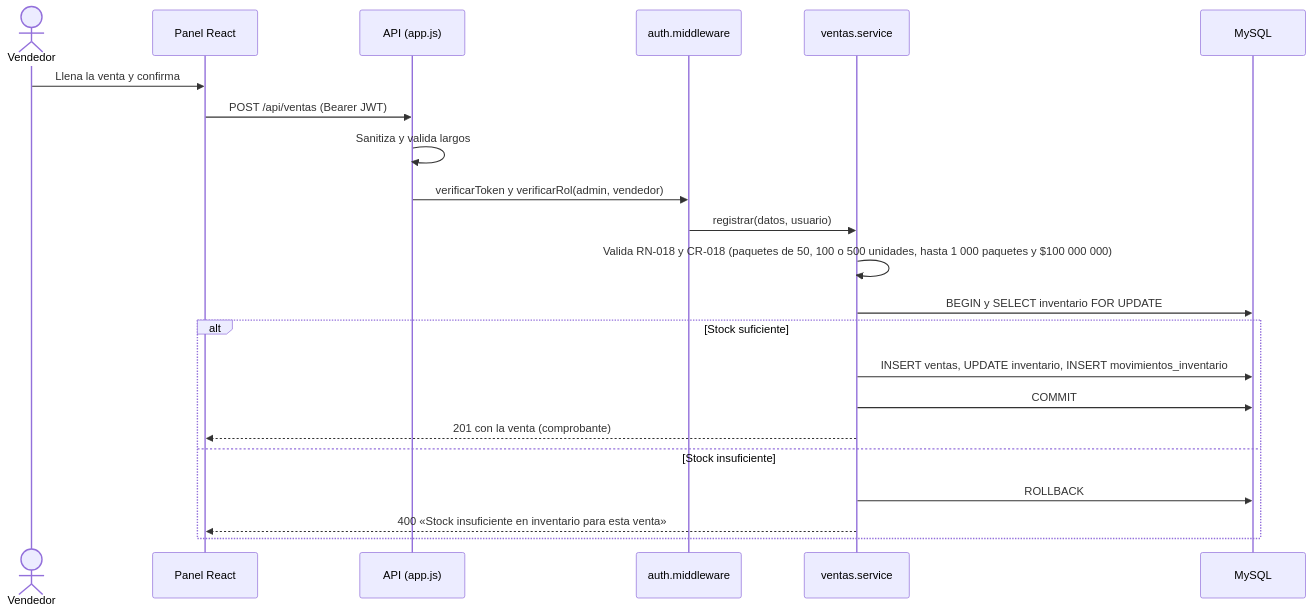
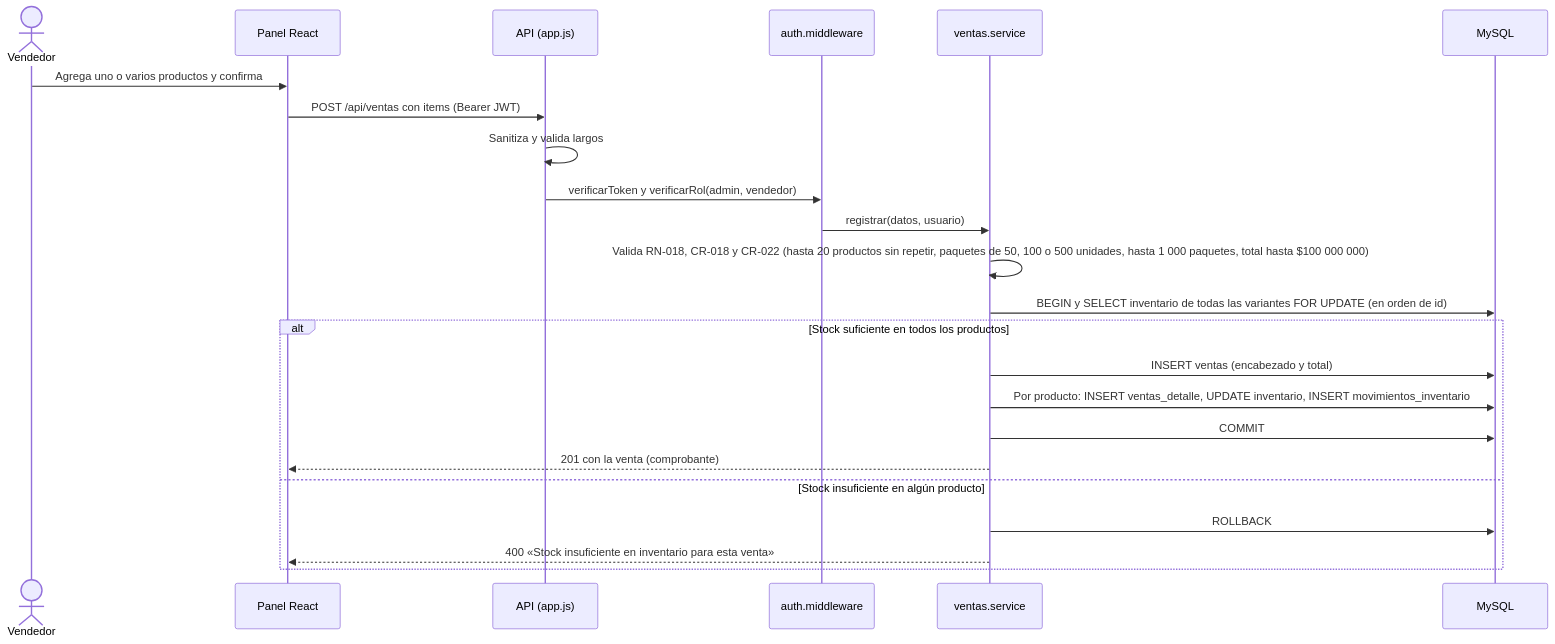
Before and after one commit to Pafuna08/MEVIPLAST-NODEJS: the fourth of 5 diagrams in docs/architecture/diagramas.md, drawn with Mermaid. The commit also changed other lines of this file and 23 other files, not shown here.

````diff
--- a/docs/architecture/diagramas.md
+++ b/docs/architecture/diagramas.md
@@ -82,24 +79,25 @@
 ```mermaid
 sequenceDiagram
   actor V as Vendedor
   participant P as Panel React
   participant A as API (app.js)
   participant M as auth.middleware
   participant S as ventas.service
   participant D as MySQL
-  V->>P: Llena la venta y confirma
-  P->>A: POST /api/ventas (Bearer JWT)
+  V->>P: Agrega uno o varios productos y confirma
+  P->>A: POST /api/ventas con items (Bearer JWT)
   A->>A: Sanitiza y valida largos
   A->>M: verificarToken y verificarRol(admin, vendedor)
   M->>S: registrar(datos, usuario)
-  S->>S: Valida RN-018 y CR-018 (paquetes de 50, 100 o 500 unidades, hasta 1 000 paquetes y $100 000 000)
-  S->>D: BEGIN y SELECT inventario FOR UPDATE
-  alt Stock suficiente
-    S->>D: INSERT ventas, UPDATE inventario, INSERT movimientos_inventario
+  S->>S: Valida RN-018, CR-018 y CR-022 (hasta 20 productos sin repetir, paquetes de 50, 100 o 500 unidades, hasta 1 000 paquetes, total hasta $100 000 000)
+  S->>D: BEGIN y SELECT inventario de todas las variantes FOR UPDATE (en orden de id)
+  alt Stock suficiente en todos los productos
+    S->>D: INSERT ventas (encabezado y total)
+    S->>D: Por producto: INSERT ventas_detalle, UPDATE inventario, INSERT movimientos_inventario
     S->>D: COMMIT
     S-->>P: 201 con la venta (comprobante)
-  else Stock insuficiente
+  else Stock insuficiente en algún producto
     S->>D: ROLLBACK
     S-->>P: 400 «Stock insuficiente en inventario para esta venta»
   end
 ```
````
